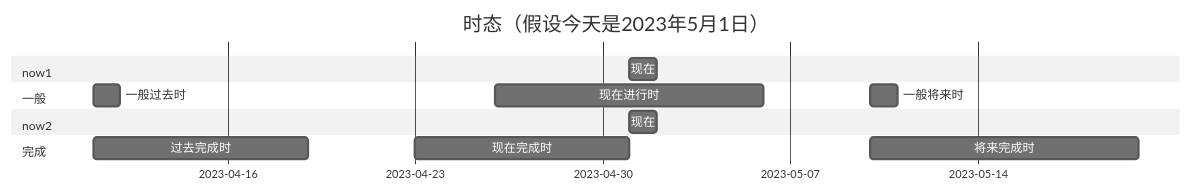
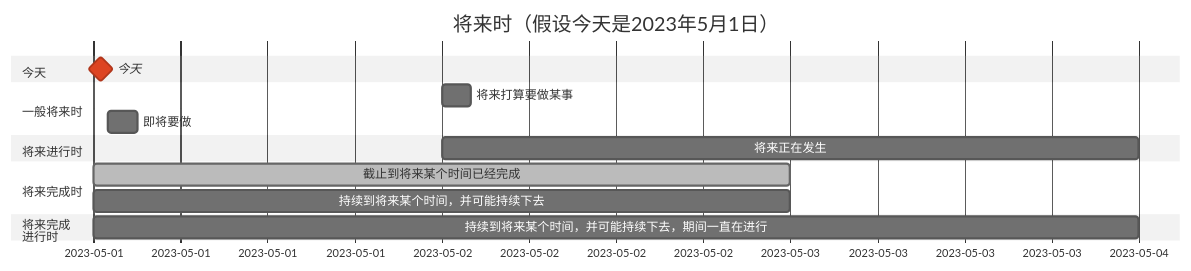
Before and after one commit to namelessmyth/beFreeCoder: the fifth of 6 diagrams in English/英语学习笔记-沈俊杰.md, drawn with Mermaid (neutral theme). The commit also changed other lines of this file and 4 other files, not shown here.

````diff
--- a/English/英语学习笔记-沈俊杰.md
+++ b/English/英语学习笔记-沈俊杰.md
@@ -3654,19 +3931,17 @@
- ```mermaid
- ---
- displayMode: compact
- ---
- gantt
-     title 时态（假设今天是2023年5月1日）
-     section now1
-     现在          :a0, 2023-05-01, 1d
-     section 一般
-     一般过去时     :a1, 2023-04-11, 1d
- 	现在进行时     :a2, 2023-04-26, 10d
-     一般将来时     :a3, 2023-05-10, 1d
-     section now2
-     现在          :a0, 2023-05-01, 1d
-     section 完成
-     过去完成时     :a1, 2023-04-11, 8d
- 	现在完成时     :a2, 2023-04-23, 8d
-     将来完成时     :a3, 2023-05-10, 10d
- ```
+```mermaid
+gantt
+title 将来时（假设今天是2023年5月1日）
+dateFormat YYYY-MM-DD
+section 今天
+今天          :crit, milestone, now, 2023-05-01, 1h
+section 一般将来时
+将来打算要做某事    :s1, 2023-05-02, 2h
+即将要做           :s2,after now, 2h
+section 将来进行时
+将来正在发生                 :d1, 2023-05-02, 2d
+section 将来完成时
+截止到将来某个时间已经完成     :done, c1, 2023-05-01, 2d
+持续到将来某个时间，并可能持续下去     :c2, 2023-05-01, 2d
+section 将来完成<br>进行时
+持续到将来某个时间，并可能持续下去，期间一直在进行         :f1, 2023-05-01, 3d
+```
````
